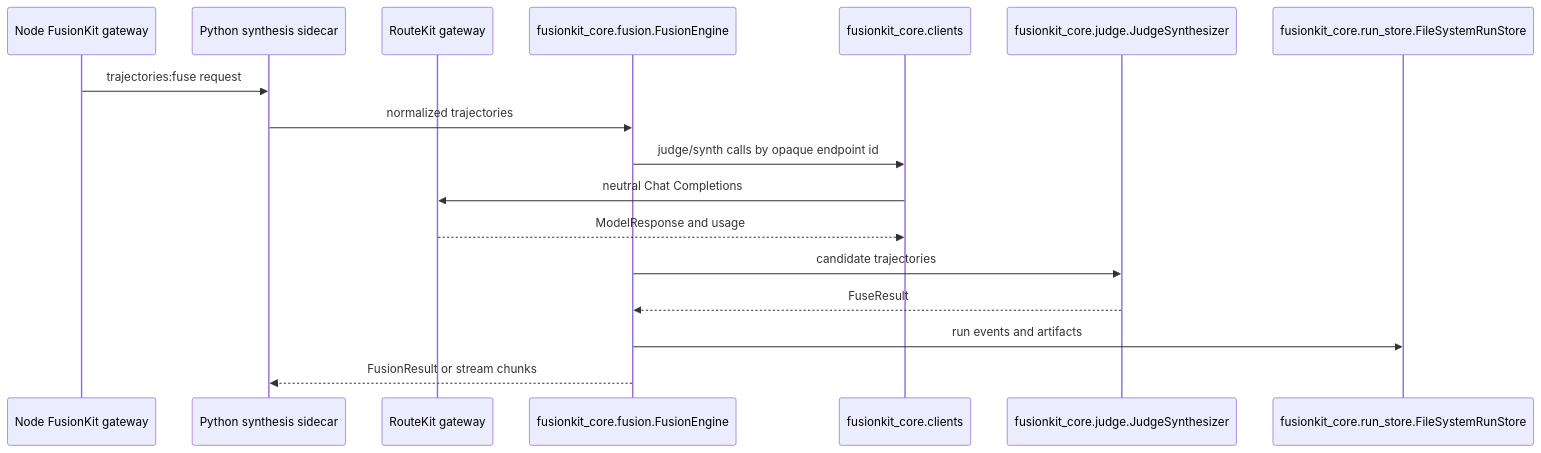
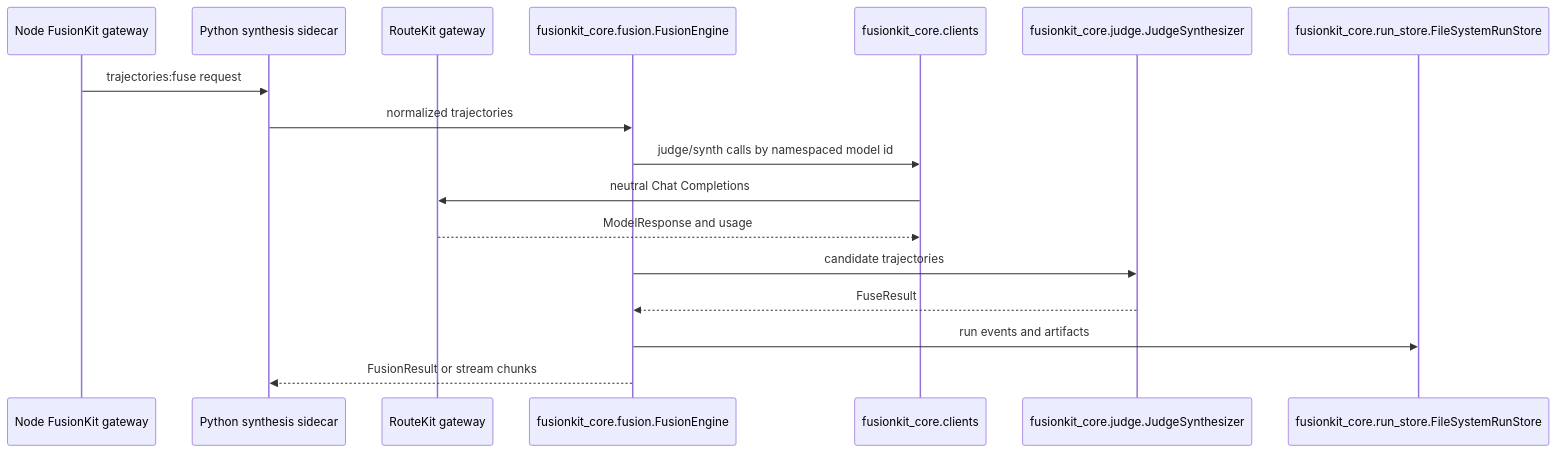
The diagram in docs/python-reference.md (velum-labs/handoffkit), drawn with Mermaid before and after one commit. The commit also changed other lines of this file and 208 other files, not shown here.

````diff
--- a/docs/python-reference.md
+++ b/docs/python-reference.md
@@ -48,20 +48,20 @@
 ```mermaid
 sequenceDiagram
   participant CLI as Node FusionKit gateway
   participant Server as Python synthesis sidecar
   participant RouteKit as RouteKit gateway
   participant Engine as fusionkit_core.fusion.FusionEngine
   participant Clients as fusionkit_core.clients
   participant Judge as fusionkit_core.judge.JudgeSynthesizer
   participant Store as fusionkit_core.run_store.FileSystemRunStore
 
   CLI->>Server: trajectories:fuse request
   Server->>Engine: normalized trajectories
-  Engine->>Clients: judge/synth calls by opaque endpoint id
+  Engine->>Clients: judge/synth calls by namespaced model id
   Clients->>RouteKit: neutral Chat Completions
   RouteKit-->>Clients: ModelResponse and usage
   Engine->>Judge: candidate trajectories
   Judge-->>Engine: FuseResult
   Engine->>Store: run events and artifacts
   Engine-->>Server: FusionResult or stream chunks
 ```
````
